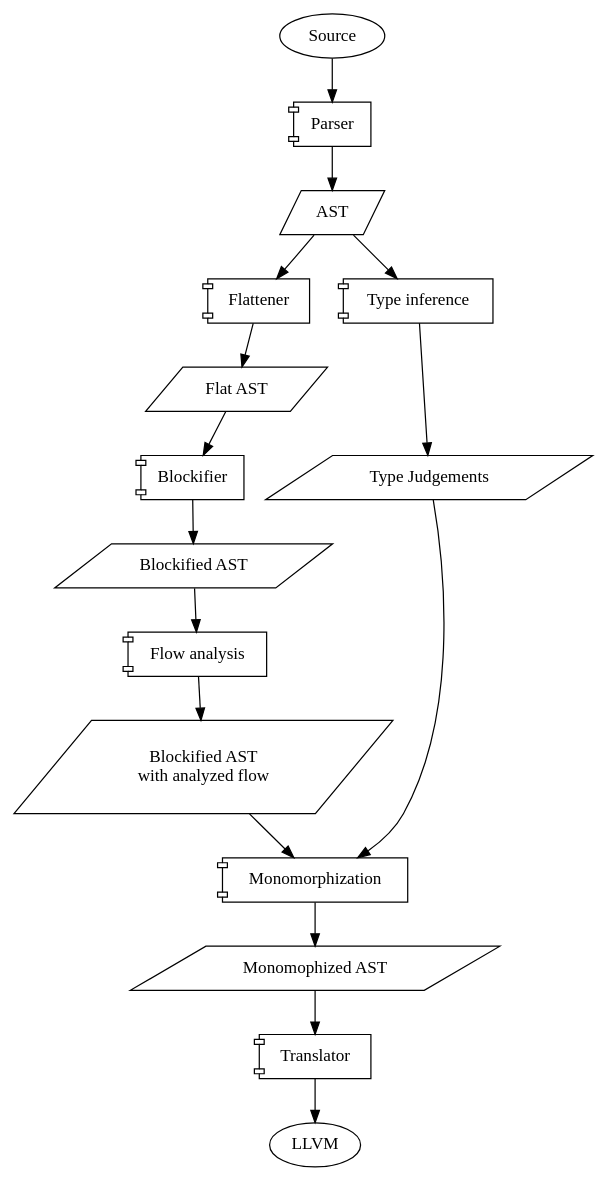
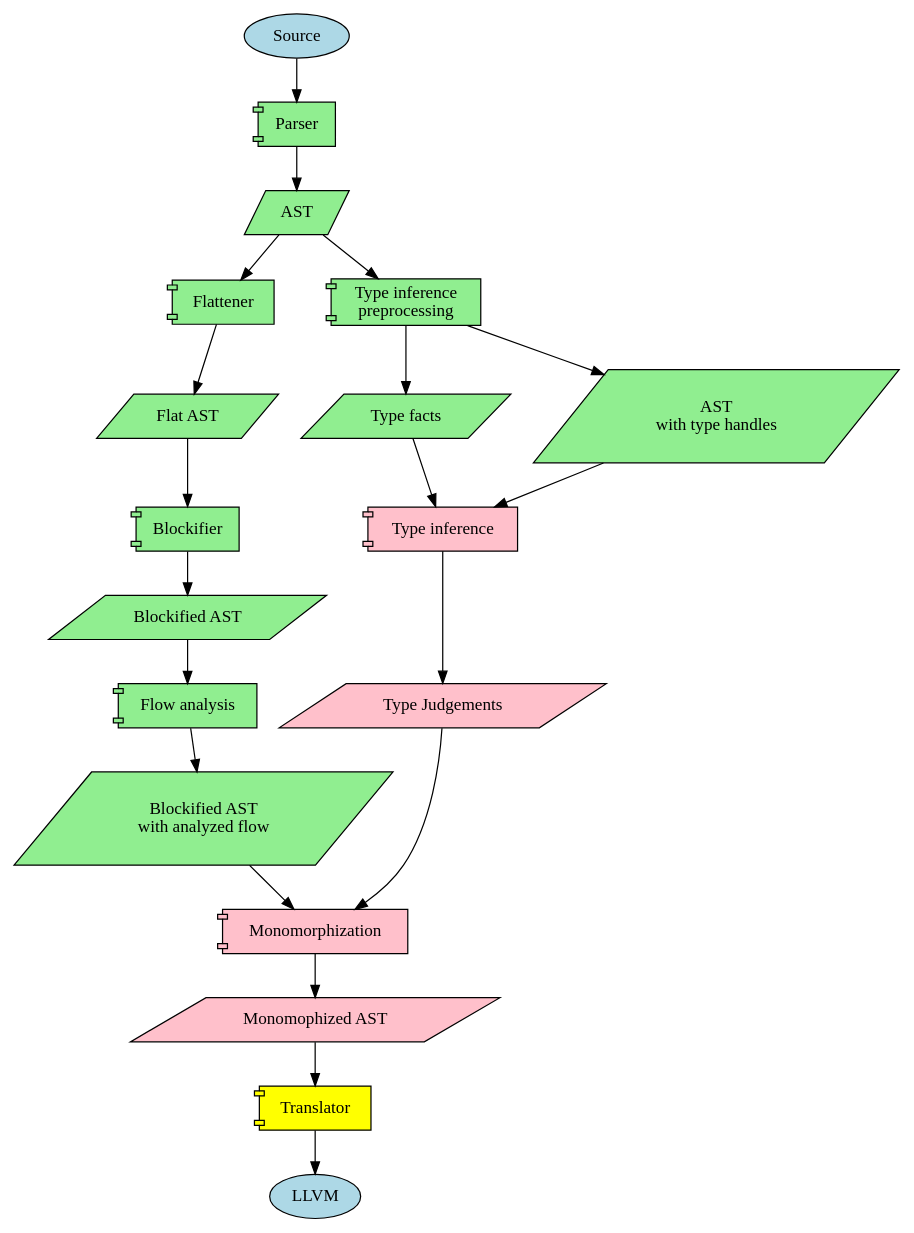
One commit to jiriklepl/masters-thesis-code changed the diagram in doc/diagram.dot. Above: the diagram before and after it, drawn with Graphviz. The commit also changed 2 other files, not shown here.

Commit message:
updated todos; diagram replaced by TODOdiagram (updated)

```diff
--- a/doc/diagram.dot
+++ b/doc/diagram.dot
@@ -1,43 +1,48 @@
 digraph {
+    node [style="filled"]
+
     subgraph ends {
         node [shape="ellipse"]
 
-        Source
-        LLVM
+        Source [fillcolor="lightblue"]
+        LLVM [fillcolor="lightblue"]
     }
 
     subgraph data {
         node [shape="parallelogram"]
 
-        AST
-        Judgements [label="Type Judgements"]
-        FlatAST [label="Flat AST"]
-        BlockifiedAST [label="Blockified AST"]
-        BlockifiedASTAnnots [label="Blockified AST\nwith analyzed flow"]
-        MonoAST [label="Monomophized AST"]
+        AST [fillcolor="lightgreen"]
+        Facts [label="Type facts", fillcolor="lightgreen"]
+        ASTTypeHandles [label="AST\nwith type handles", fillcolor="lightgreen"]
+        Judgements [label="Type Judgements", fillcolor="pink"]
+        FlatAST [label="Flat AST", fillcolor="lightgreen"]
+        BlockifiedAST [label="Blockified AST", fillcolor="lightgreen"]
+        BlockifiedASTAnnots [label="Blockified AST\nwith analyzed flow", fillcolor="lightgreen"]
+        MonoAST [label="Monomophized AST", fillcolor="pink"]
     }
 
     subgraph components {
         node [shape="component"]
 
-        Parser
-        Flattener
-        Infer [label="Type inference"]
-        Blockifier
-        FlowAnalysis [label="Flow analysis"]
-        Monomorphization
-        Translator
+        Parser [fillcolor="lightgreen"]
+        Flattener [fillcolor="lightgreen"]
+        InferPre [label="Type inference\npreprocessing", fillcolor="lightgreen"]
+        Infer [label="Type inference", fillcolor="pink"]
+        Blockifier [fillcolor="lightgreen"]
+        FlowAnalysis [label="Flow analysis", fillcolor="lightgreen"]
+        Monomorphization [fillcolor="pink"]
+        Translator [fillcolor="yellow"]
     }
 
     subgraph decisions {
         node [shape="diamond"]
     }
 
     Source -> Parser -> AST
     AST -> Flattener -> FlatAST
-    AST -> Infer -> Judgements -> Monomorphization
+    AST -> InferPre -> { Facts ASTTypeHandles } -> Infer -> Judgements -> Monomorphization
     FlatAST -> Blockifier -> BlockifiedAST
     BlockifiedAST -> FlowAnalysis -> BlockifiedASTAnnots
     BlockifiedASTAnnots -> Monomorphization -> MonoAST
     MonoAST -> Translator -> LLVM
 }
```
